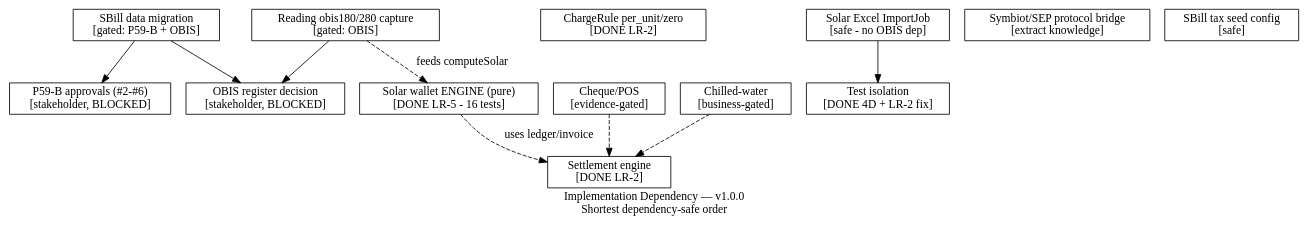
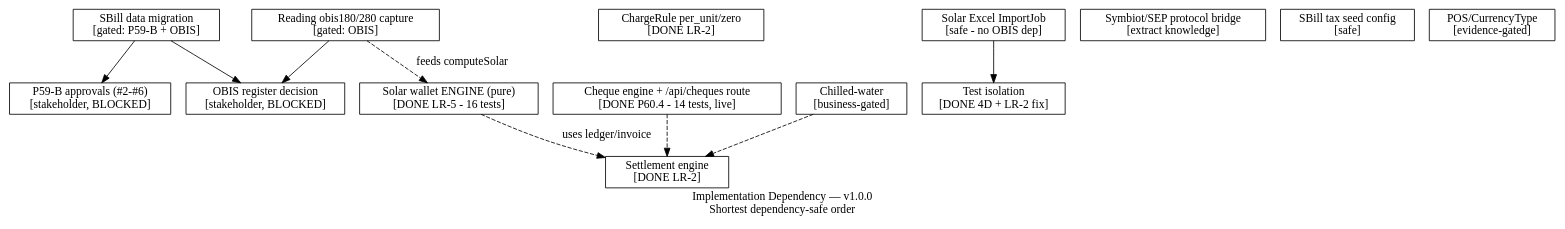
Before and after one commit to Kirllos360/MeterVerse: the diagram in docs/architecture/graph/IMPLEMENTATION-DEPENDENCY.dot, drawn with Graphviz. The commit also changed 8 other files, not shown here.

First line of the commit message:
docs(p60.4): graph/speckit cheque updates + certification artifact + governance

```diff
--- a/docs/architecture/graph/IMPLEMENTATION-DEPENDENCY.dot
+++ b/docs/architecture/graph/IMPLEMENTATION-DEPENDENCY.dot
@@ -1,30 +1,31 @@
 // IMPLEMENTATION-DEPENDENCY graph — P59-C/LR-2A v1.0.0
 // Ordering for recovery/implementation targets (from LR-1/LR-2 evidence).
 digraph ImplDep {
   rankdir=TB;
   label="Implementation Dependency — v1.0.0\nShortest dependency-safe order";
 
   node [shape=box fillcolor="#e6f4ea"];
   P0a [label="P59-B approvals (#2-#6)\n[stakeholder, BLOCKED]" fillcolor="#fff1f0"];
   P0b [label="OBIS register decision\n[stakeholder, BLOCKED]" fillcolor="#fff1f0"];
   DONE_SETTLE [label="Settlement engine\n[DONE LR-2]" fillcolor="#d1f5d3"];
   DONE_CHARGE [label="ChargeRule per_unit/zero\n[DONE LR-2]" fillcolor="#d1f5d3"];
   DONE_ISO [label="Test isolation\n[DONE 4D + LR-2 fix]" fillcolor="#d1f5d3"];
   DONE_SOLAR [label="Solar wallet ENGINE (pure)\n[DONE LR-5 - 16 tests]" fillcolor="#d1f5d3"];
   P1_SOLAR_CAP [label="Reading obis180/280 capture\n[gated: OBIS]"];
   P1_EXCEL [label="Solar Excel ImportJob\n[safe - no OBIS dep]" fillcolor="#fef7e0"];
   P2_SYMB [label="Symbiot/SEP protocol bridge\n[extract knowledge]"];
   P2_TAX [label="SBill tax seed config\n[safe]"];
-  P3_CHEQUE [label="Cheque/POS\n[evidence-gated]"];
+  P3_CHEQUE [label="Cheque engine + /api/cheques route\n[DONE P60.4 - 14 tests, live]" fillcolor="#d1f5d3"];
+  P3_POS [label="POS/CurrencyType\n[evidence-gated]"];
   P3_CHILLED [label="Chilled-water\n[business-gated]"];
   P3_MIGRATE [label="SBill data migration\n[gated: P59-B + OBIS]" fillcolor="#fff1f0"];
 
   P1_EXCEL -> DONE_ISO;
   P1_SOLAR_CAP -> P0b;
   P1_SOLAR_CAP -> DONE_SOLAR [style=dashed label="feeds computeSolar"];
   DONE_SOLAR -> DONE_SETTLE [style=dashed label="uses ledger/invoice"];
   P3_MIGRATE -> P0a;
   P3_MIGRATE -> P0b;
   P3_CHEQUE -> DONE_SETTLE [style=dashed];
   P3_CHILLED -> DONE_SETTLE [style=dashed];
 }
```
